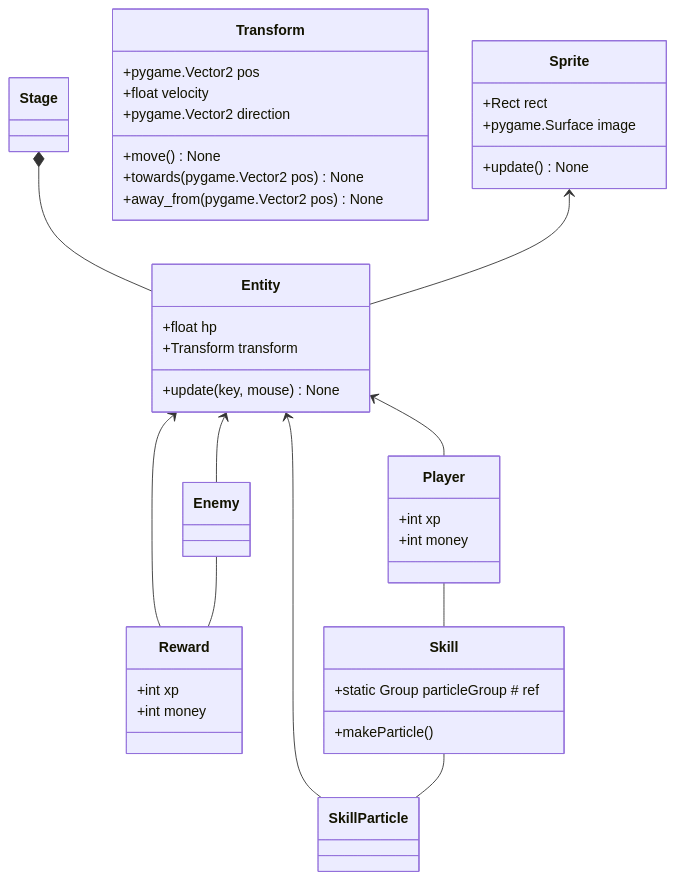
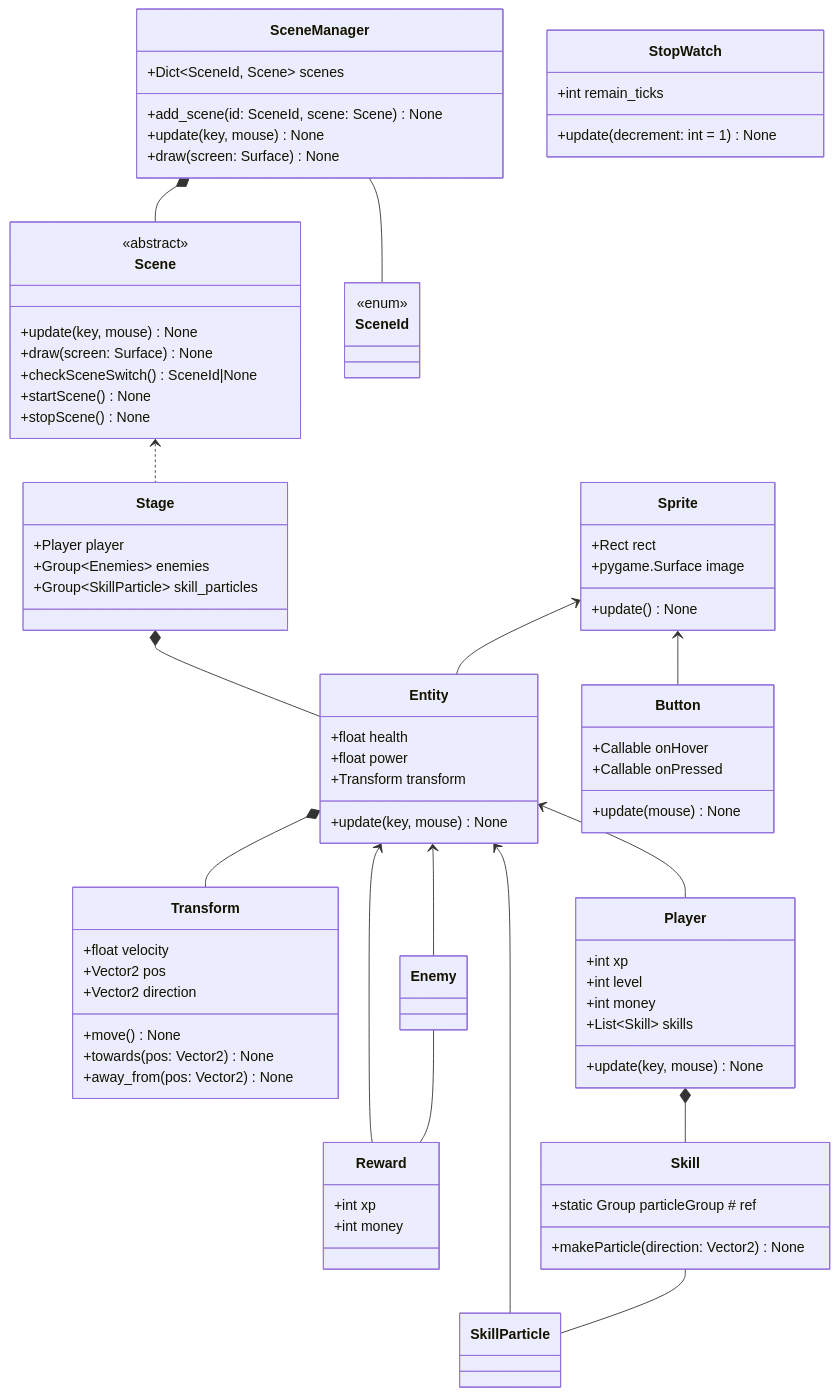
The diagram in uml.md (tteokgook1g/salmon_game), drawn with Mermaid before and after one commit.

Commit message:
colon to backtick

````diff
--- a/uml.md
+++ b/uml.md
@@ -1,26 +1,56 @@
-::: mermaid
+```mermaid
 classDiagram
 
-class Stage
+
+class SceneManager{
+    +Dict~SceneId, Scene~ scenes
+
+    +add_scene(id: SceneId, scene: Scene) None
+    +update(key, mouse) None
+    +draw(screen: Surface) None
+}
+SceneManager*--Scene
+SceneManager--SceneId
+
+class Scene{
+    +update(key, mouse) None
+    +draw(screen: Surface) None
+    +checkSceneSwitch() SceneId|None
+    +startScene() None
+    +stopScene() None
+}
+<<abstract>> Scene
+
+class SceneId
+<<enum>> SceneId
+
+class Stage{
+    +Player player
+    +Group~Enemies~ enemies
+    +Group~SkillParticle~ skill_particles
+}
+Scene<..Stage
 Stage*--Entity
 
 class Transform{
-    +pygame.Vector2 pos
     +float velocity
-    +pygame.Vector2 direction
+    +Vector2 pos
+    +Vector2 direction
 
     +move() None
-    +towards(pygame.Vector2 pos) None
-    +away_from(pygame.Vector2 pos) None
+    +towards(pos: Vector2) None
+    +away_from(pos: Vector2) None
 }
 
 
 class Entity{
-    +float hp
+    +float health
+    +float power
     +Transform transform
 
     +update(key, mouse) None
 }
+Entity*--Transform
 
 class Sprite{
     +Rect rect
@@ -34,7 +64,11 @@
 
 class Player{
     +int xp
+    +int level
     +int money
+    +List~Skill~ skills
+
+    +update(key, mouse) None
 }
 
 
@@ -53,10 +87,27 @@
 class SkillParticle
 class Skill{
     +static Group particleGroup # ref
-    +makeParticle()
+
+    +makeParticle(direction: Vector2) None
 }
 Entity<--SkillParticle
 Skill--SkillParticle
-Player--Skill
+Player*--Skill
 
-:::
+
+%% helpers
+class StopWatch{
+    +int remain_ticks
+    
+    +update(decrement: int = 1) None
+}
+
+class Button{
+    +Callable onHover
+    +Callable onPressed
+
+    +update(mouse) None
+}
+Sprite<--Button
+
+```
````
